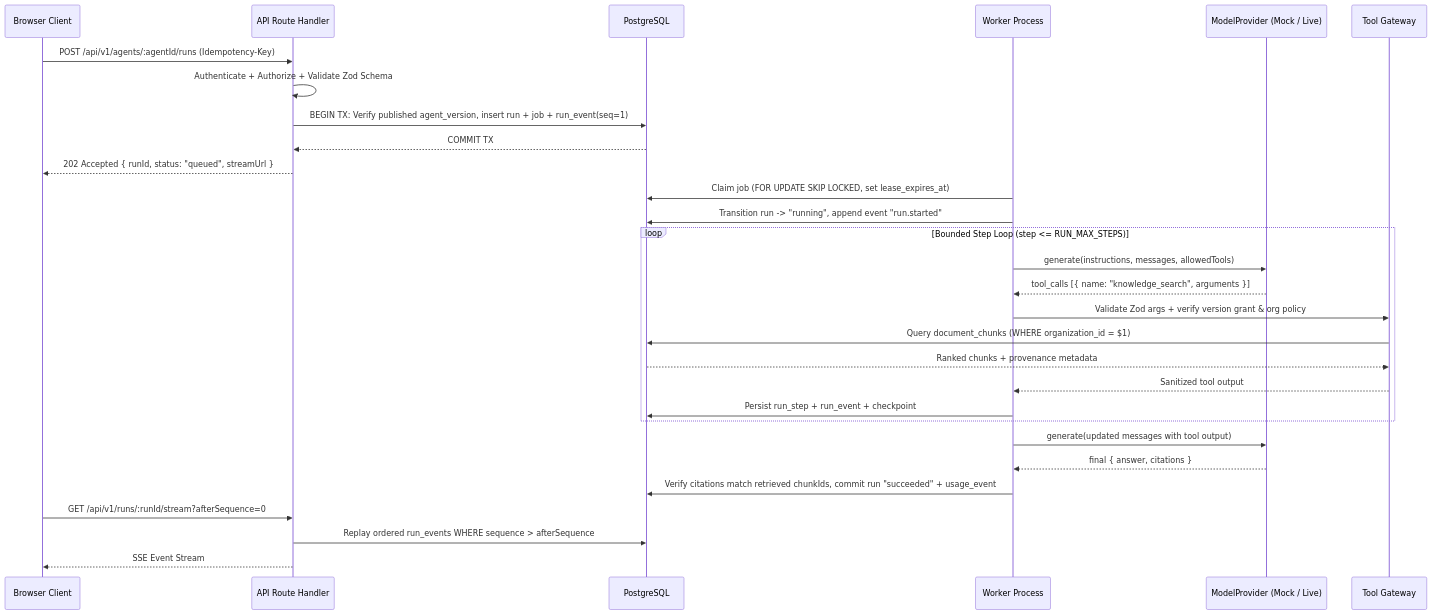
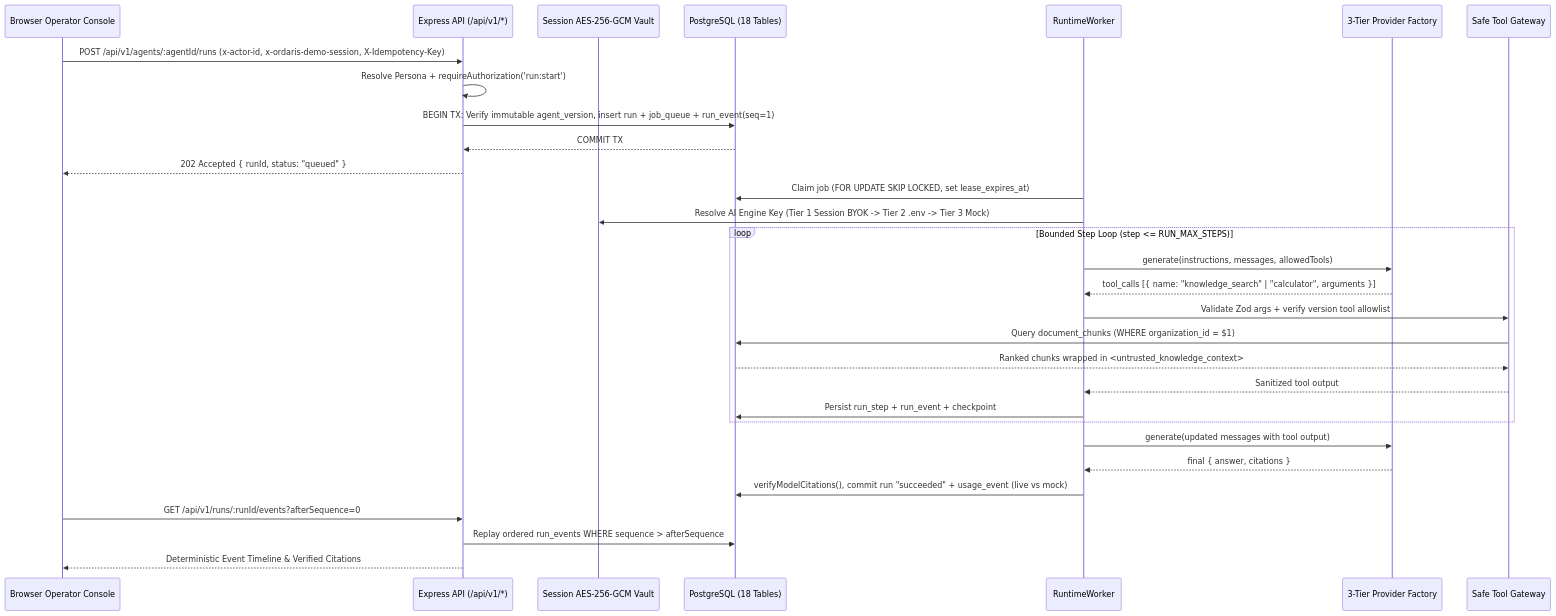
Before and after one commit to KratX/multi-ai-agent-orchestration: the second of 2 diagrams in docs/architecture.md, drawn with Mermaid. The commit also changed other lines of this file and 11 other files, not shown here.

````diff
--- a/docs/architecture.md
+++ b/docs/architecture.md
@@ -63,33 +87,34 @@
 ```mermaid
 sequenceDiagram
-  participant U as Browser Client
-  participant A as API Route Handler
-  participant D as PostgreSQL
-  participant W as Worker Process
-  participant M as ModelProvider (Mock / Live)
-  participant T as Tool Gateway
+  participant U as Browser Operator Console
+  participant A as Express API (/api/v1/*)
+  participant V as Session AES-256-GCM Vault
+  participant D as PostgreSQL (18 Tables)
+  participant W as RuntimeWorker
+  participant P as 3-Tier Provider Factory
+  participant T as Safe Tool Gateway
 
-  U->>A: POST /api/v1/agents/:agentId/runs (Idempotency-Key)
-  A->>A: Authenticate + Authorize + Validate Zod Schema
-  A->>D: BEGIN TX: Verify published agent_version, insert run + job + run_event(seq=1)
+  U->>A: POST /api/v1/agents/:agentId/runs (x-actor-id, x-ordaris-demo-session, X-Idempotency-Key)
+  A->>A: Resolve Persona + requireAuthorization('run:start')
+  A->>D: BEGIN TX: Verify immutable agent_version, insert run + job_queue + run_event(seq=1)
   D-->>A: COMMIT TX
-  A-->>U: 202 Accepted { runId, status: "queued", streamUrl }
+  A-->>U: 202 Accepted { runId, status: "queued" }
 
   W->>D: Claim job (FOR UPDATE SKIP LOCKED, set lease_expires_at)
-  W->>D: Transition run -> "running", append event "run.started"
+  W->>V: Resolve AI Engine Key (Tier 1 Session BYOK -> Tier 2 .env -> Tier 3 Mock)
   loop Bounded Step Loop (step <= RUN_MAX_STEPS)
-    W->>M: generate(instructions, messages, allowedTools)
-    M-->>W: tool_calls [{ name: "knowledge_search", arguments }]
-    W->>T: Validate Zod args + verify version grant & org policy
+    W->>P: generate(instructions, messages, allowedTools)
+    P-->>W: tool_calls [{ name: "knowledge_search" | "calculator", arguments }]
+    W->>T: Validate Zod args + verify version tool allowlist
     T->>D: Query document_chunks (WHERE organization_id = $1)
-    D-->>T: Ranked chunks + provenance metadata
+    D-->>T: Ranked chunks wrapped in <untrusted_knowledge_context>
     T-->>W: Sanitized tool output
     W->>D: Persist run_step + run_event + checkpoint
   end
-  W->>M: generate(updated messages with tool output)
-  M-->>W: final { answer, citations }
-  W->>D: Verify citations match retrieved chunkIds, commit run "succeeded" + usage_event
-  U->>A: GET /api/v1/runs/:runId/stream?afterSequence=0
+  W->>P: generate(updated messages with tool output)
+  P-->>W: final { answer, citations }
+  W->>D: verifyModelCitations(), commit run "succeeded" + usage_event (live vs mock)
+  U->>A: GET /api/v1/runs/:runId/events?afterSequence=0
   A->>D: Replay ordered run_events WHERE sequence > afterSequence
-  A-->>U: SSE Event Stream
+  A-->>U: Deterministic Event Timeline & Verified Citations
 ```
````
